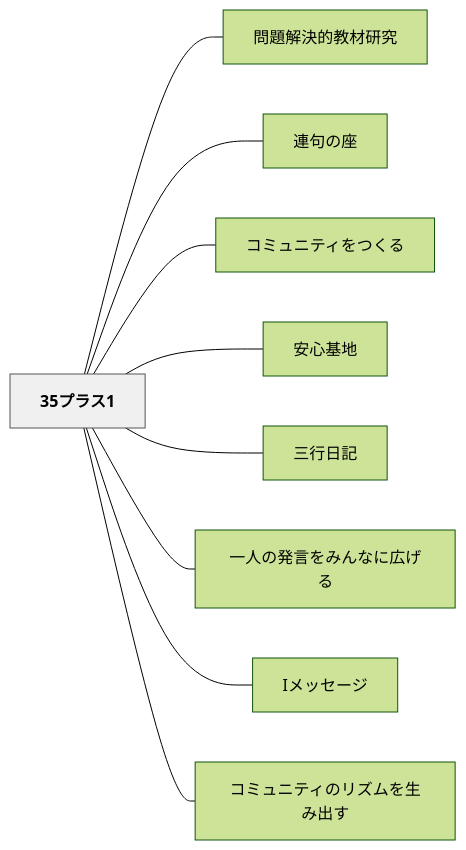
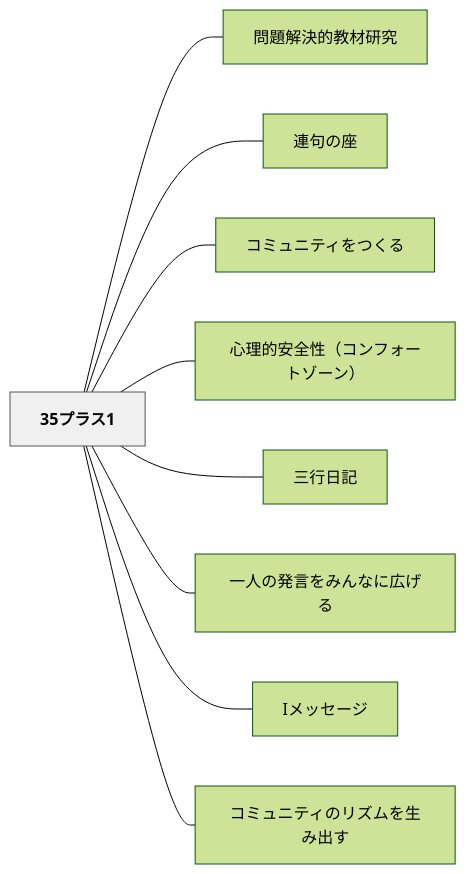
The diagram in content/パタン/35プラス1.md (unknownthings-ed-patterns/unknownthings-ed-patterns), drawn with Mermaid (forest theme) before and after one commit. The commit also changed other lines of this file and 30 other files, not shown here.

````diff
--- a/content/パタン/35プラス1.md
+++ b/content/パタン/35プラス1.md
@@ -81,24 +81,24 @@
 ```mermaid
 flowchart LR
     n3335e38397e383a9e382b931["35プラス1"]
     ne5958fe9a18ce8a7a3e6b1bae79a84e69599e69d90e7a094e7a9b6["問題解決的教材研究"]
     ne980a3e58fa5e381aee5baa7["連句の座"]
     ne382b3e3839fe383a5e3838be38386e382a3e38292e381a4e3818fe3828b["コミュニティをつくる"]
-    ne5ae89e5bf83e59fbae59cb0["安心基地"]
+    ne5bf83e79086e79a84e5ae89e585a8e680a7efbc88e382b3e383b3e38395e382a9e383bce38388e382bee383bce383b3efbc89["心理的安全性（コンフォートゾーン）"]
     ne4b889e8a18ce697a5e8a898["三行日記"]
     ne4b880e4babae381aee799bae8a880e38292e381bfe38293e381aae381abe5ba83e38192e3828b["一人の発言をみんなに広げる"]
     n49e383a1e38383e382bbe383bce382b8["Iメッセージ"]
     ne382b3e3839fe383a5e3838be38386e382a3e381aee383aae382bae383a0e38292e7949fe381bfe587bae38199["コミュニティのリズムを生み出す"]
 
     n3335e38397e383a9e382b931 --- ne5958fe9a18ce8a7a3e6b1bae79a84e69599e69d90e7a094e7a9b6
     n3335e38397e383a9e382b931 --- ne980a3e58fa5e381aee5baa7
     n3335e38397e383a9e382b931 --- ne382b3e3839fe383a5e3838be38386e382a3e38292e381a4e3818fe3828b
-    n3335e38397e383a9e382b931 --- ne5ae89e5bf83e59fbae59cb0
+    n3335e38397e383a9e382b931 --- ne5bf83e79086e79a84e5ae89e585a8e680a7efbc88e382b3e383b3e38395e382a9e383bce38388e382bee383bce383b3efbc89
     n3335e38397e383a9e382b931 --- ne4b889e8a18ce697a5e8a898
     n3335e38397e383a9e382b931 --- ne4b880e4babae381aee799bae8a880e38292e381bfe38293e381aae381abe5ba83e38192e3828b
     n3335e38397e383a9e382b931 --- n49e383a1e38383e382bbe383bce382b8
     n3335e38397e383a9e382b931 --- ne382b3e3839fe383a5e3838be38386e382a3e381aee383aae382bae383a0e38292e7949fe381bfe587bae38199
 
     classDef hub fill:#f0f0f0,stroke:#555,color:#000,font-weight:bold
     class n3335e38397e383a9e382b931 hub
 ```
````
